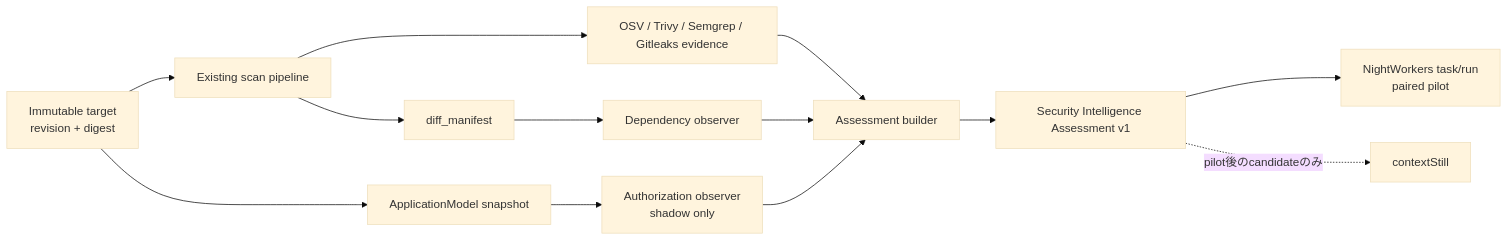
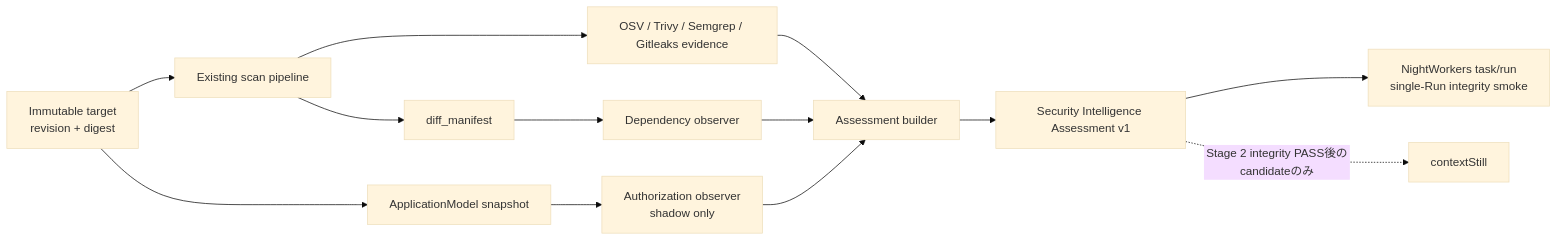
One commit to ugnoguchigxp/vlunWorkbench changed the diagram in spec/security-intelligence-initial-implementation-roadmap.md. Above: the diagram before and after it, drawn with Mermaid (base theme). The commit also changed other lines of this file and 21 other files, not shown here.

````diff
--- a/spec/security-intelligence-initial-implementation-roadmap.md
+++ b/spec/security-intelligence-initial-implementation-roadmap.md
@@ -27,15 +27,15 @@
 ```mermaid
 flowchart LR
     A["Immutable target\nrevision + digest"] --> B["Existing scan pipeline"]
     B --> C["diff_manifest"]
     B --> D["OSV / Trivy / Semgrep / Gitleaks evidence"]
     A --> E["ApplicationModel snapshot"]
     C --> F["Dependency observer"]
     D --> G["Assessment builder"]
     E --> H["Authorization observer\nshadow only"]
     F --> G
     H --> G
     G --> I["Security Intelligence Assessment v1"]
-    I --> J["NightWorkers task/run\npaired pilot"]
-    I -. "pilot後のcandidateのみ" .-> K["contextStill"]
+    I --> J["NightWorkers task/run\nsingle-Run integrity smoke"]
+    I -. "Stage 2 integrity PASS後のcandidateのみ" .-> K["contextStill"]
 ```
````
